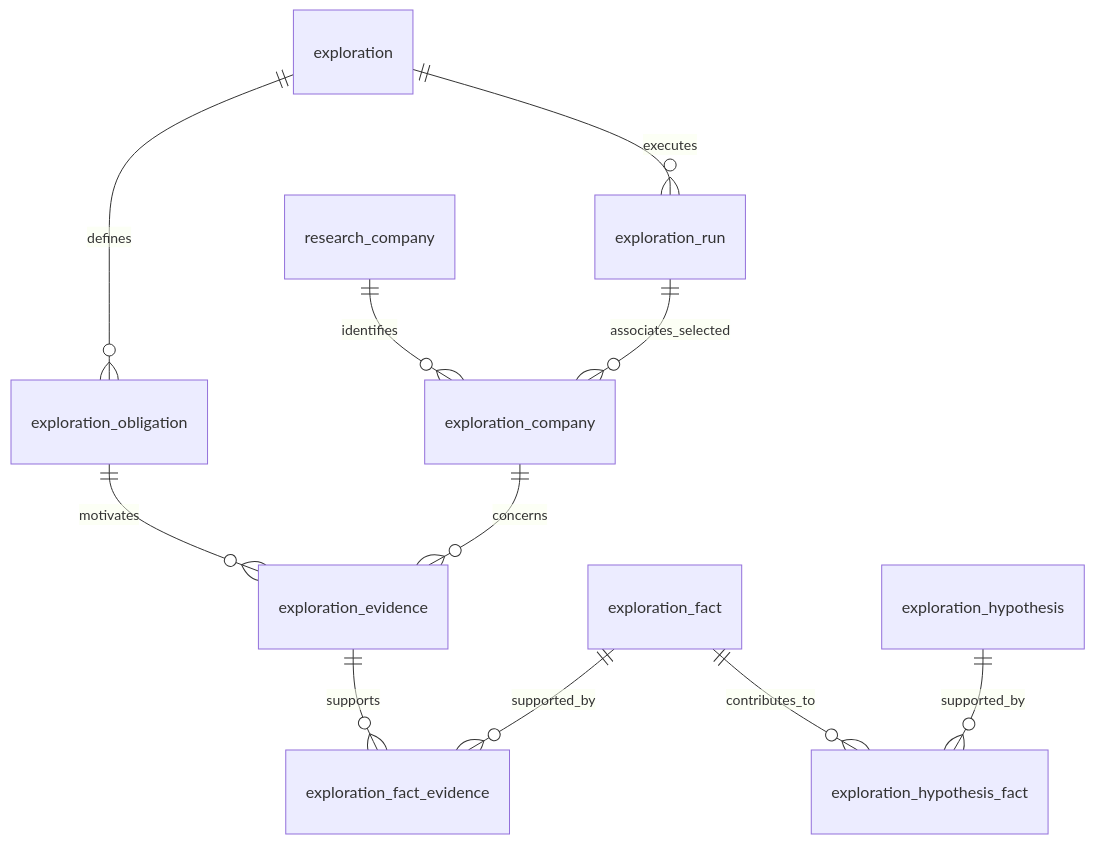
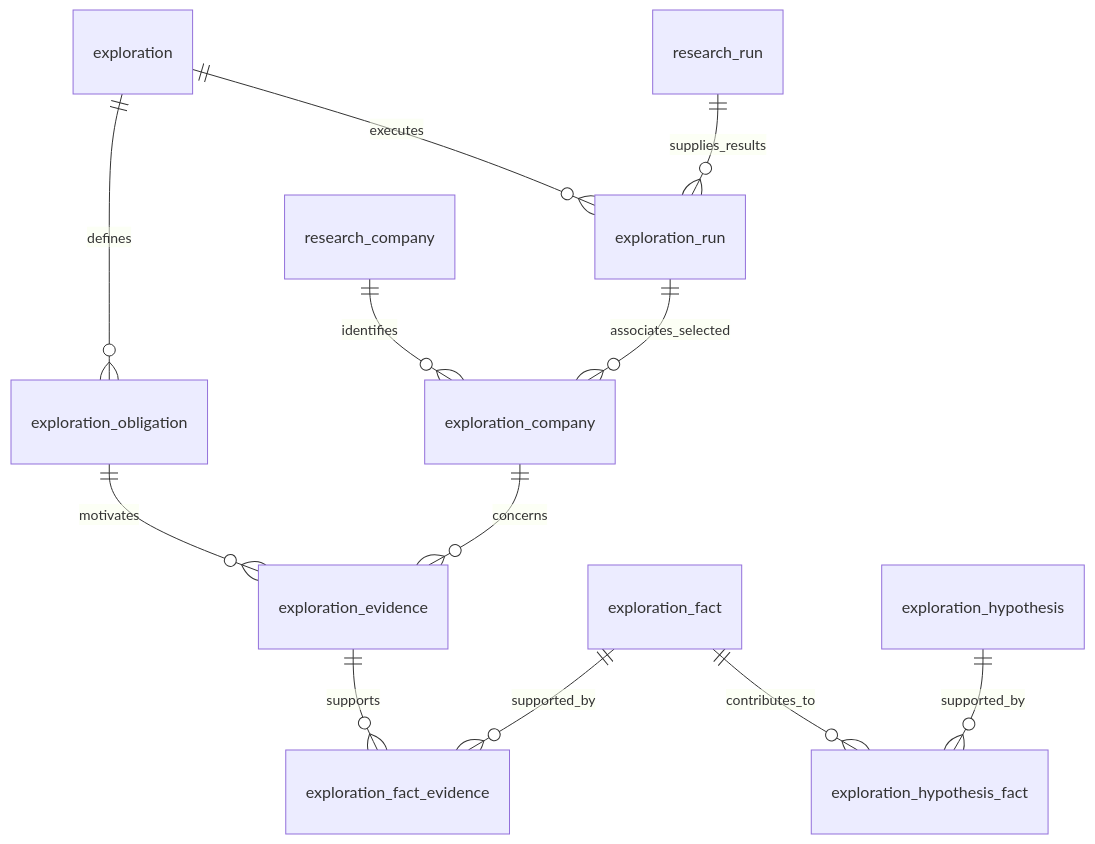
One commit to anthony-au1/virtual_company changed the diagram in docs/database-schema.md. Above: the diagram before and after it, drawn with Mermaid. The commit also changed other lines of this file and 13 other files, not shown here.

Commit message:
added research_run_id to exploration_run for one to one mapping

````diff
--- a/docs/database-schema.md
+++ b/docs/database-schema.md
@@ -481,13 +493,14 @@
 ```mermaid
 erDiagram
     exploration ||--o{ exploration_obligation: defines
     exploration ||--o{ exploration_run: executes
+    research_run ||--o{ exploration_run: supplies_results
     exploration_run ||--o{ exploration_company: associates_selected
     research_company ||--o{ exploration_company: identifies
     exploration_company ||--o{ exploration_evidence: concerns
     exploration_obligation ||--o{ exploration_evidence: motivates
     exploration_fact ||--o{ exploration_fact_evidence: supported_by
     exploration_evidence ||--o{ exploration_fact_evidence: supports
     exploration_hypothesis ||--o{ exploration_hypothesis_fact: supported_by
     exploration_fact ||--o{ exploration_hypothesis_fact: contributes_to
 ```
````
